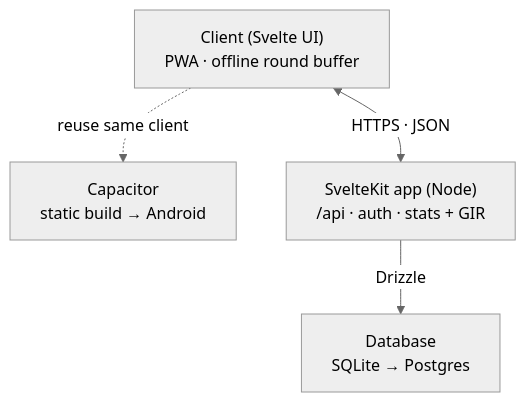
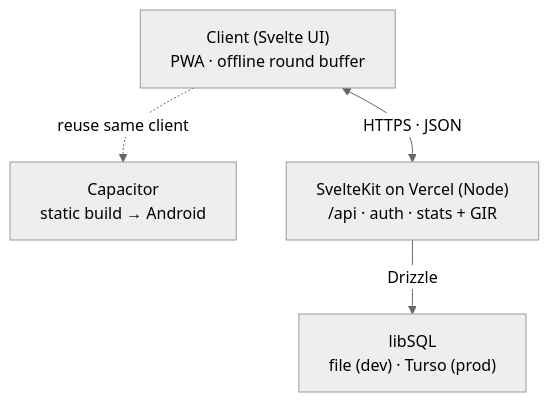
One commit to zdredge/Fairway changed the diagram in ARCHITECTURE.md. Above: the diagram before and after it, drawn with Mermaid (neutral theme). The commit also changed other lines of this file and 2 other files, not shown here.

````diff
--- a/ARCHITECTURE.md
+++ b/ARCHITECTURE.md
@@ -43,11 +43,11 @@
 ```mermaid
 flowchart TD
     client["Client (Svelte UI)<br/>PWA · offline round buffer"]
     capacitor["Capacitor<br/>static build → Android"]
-    server["SvelteKit app (Node)<br/>/api · auth · stats + GIR"]
-    db["Database<br/>SQLite → Postgres"]
+    server["SvelteKit on Vercel (Node)<br/>/api · auth · stats + GIR"]
+    db["libSQL<br/>file (dev) · Turso (prod)"]
 
     client <-->|"HTTPS · JSON"| server
     server -->|"Drizzle"| db
     client -.->|"reuse same client"| capacitor
 ```
````
